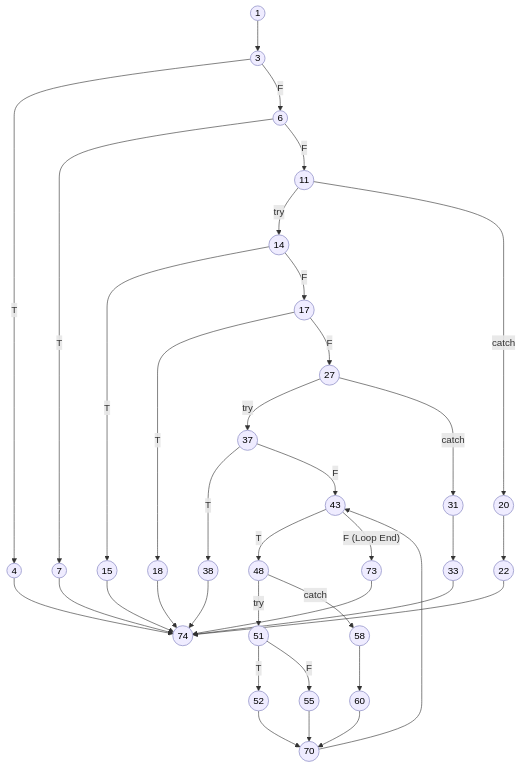
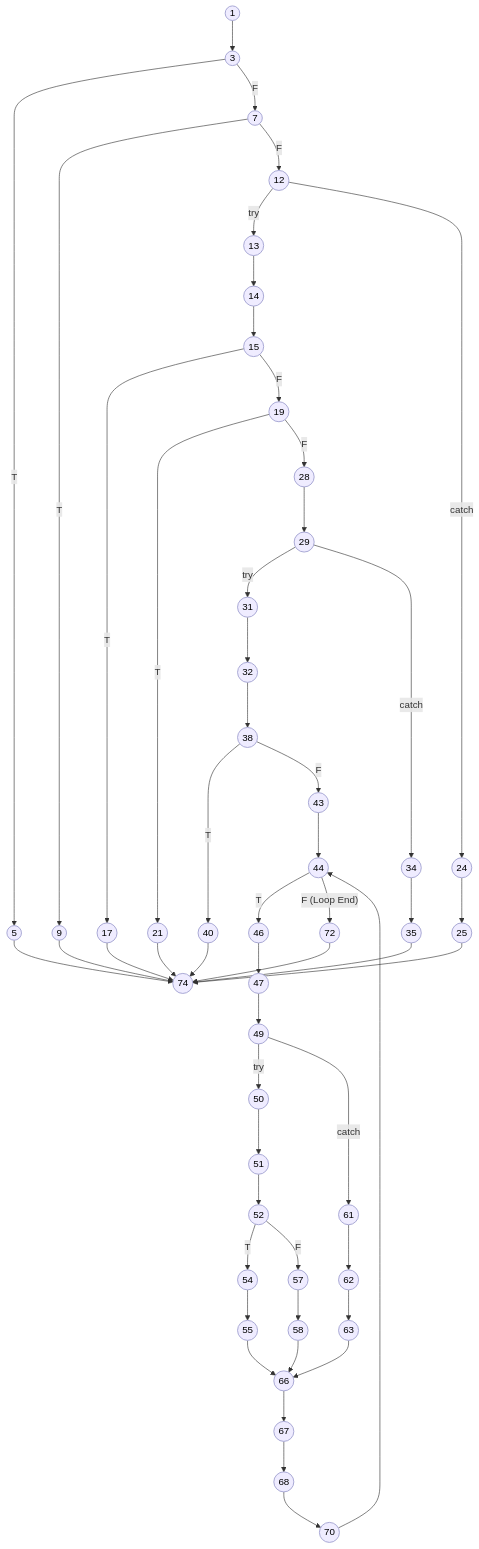
One commit to aryanhrc3428/Semester-5 changed the diagram in SE/ideathon/pseudocode/flowcharts/UC-08.mmd. Above: the diagram before and after it, drawn with Mermaid. The commit also changed 48 other files, not shown here.

```diff
--- a/SE/ideathon/pseudocode/flowcharts/UC-08.mmd
+++ b/SE/ideathon/pseudocode/flowcharts/UC-08.mmd
@@ -1,57 +1,81 @@
 graph TD
     %% Base styling matching the reference CFG style
     classDef default fill:#efecff,stroke:#a3a3d1,stroke-width:1.5px,color:#000;
     
     1((1)) --> 3((3))
     
-    3 -- T --> 4((4))
-    3 -- F --> 6((6))
+    3 -- T --> 5((5))
+    3 -- F --> 7((7))
     
-    6 -- T --> 7((7))
-    6 -- F --> 11((11))
+    7 -- T --> 9((9))
+    7 -- F --> 12((12))
     
-    11 -- try --> 14((14))
-    11 -- catch --> 20((20))
+    12 -- try --> 13((13))
+    12 -- catch --> 24((24))
     
-    14 -- T --> 15((15))
-    14 -- F --> 17((17))
+    13 --> 14((14))
+    14 --> 15((15))
     
-    17 -- T --> 18((18))
-    17 -- F --> 27((27))
+    15 -- T --> 17((17))
+    15 -- F --> 19((19))
     
-    20 --> 22((22))
+    19 -- T --> 21((21))
+    19 -- F --> 28((28))
     
-    27 -- try --> 37((37))
-    27 -- catch --> 31((31))
+    24 --> 25((25))
     
-    31 --> 33((33))
+    28 --> 29((29))
     
-    37 -- T --> 38((38))
-    37 -- F --> 43((43))
+    29 -- try --> 31((31))
+    29 -- catch --> 34((34))
     
-    43 -- T --> 48((48))
-    43 -- F (Loop End) --> 73((73))
+    31 --> 32((32))
+    32 --> 38((38))
     
-    48 -- try --> 51((51))
-    48 -- catch --> 58((58))
+    34 --> 35((35))
     
-    51 -- T --> 52((52))
-    51 -- F --> 55((55))
+    38 -- T --> 40((40))
+    38 -- F --> 43((43))
     
-    52 --> 70((70))
-    55 --> 70
+    43 --> 44((44))
     
-    58 --> 60((60))
-    60 --> 70
+    44 -- T --> 46((46))
+    44 -- F (Loop End) --> 72((72))
     
-    70 --> 43
+    46 --> 47((47))
+    47 --> 49((49))
     
-    %% Terminal error returns and catches syncing to the final end node
-    4 --> 74((74))
-    7 --> 74
-    15 --> 74
-    18 --> 74
-    22 --> 74
-    33 --> 74
-    38 --> 74
-    73 --> 74
+    49 -- try --> 50((50))
+    49 -- catch --> 61((61))
+    
+    50 --> 51((51))
+    51 --> 52((52))
+    
+    52 -- T --> 54((54))
+    52 -- F --> 57((57))
+    
+    54 --> 55((55))
+    55 --> 66((66))
+    
+    57 --> 58((58))
+    58 --> 66
+    
+    61 --> 62((62))
+    62 --> 63((63))
+    63 --> 66
+    
+    66 --> 67((67))
+    67 --> 68((68))
+    68 --> 70((70))
+    
+    70 --> 44
+    
+    %% Terminal error returns and catches syncing to the final end node (74)
+    5 --> 74((74))
+    9 --> 74
+    17 --> 74
+    21 --> 74
+    25 --> 74
+    35 --> 74
+    40 --> 74
+    72 --> 74
```
